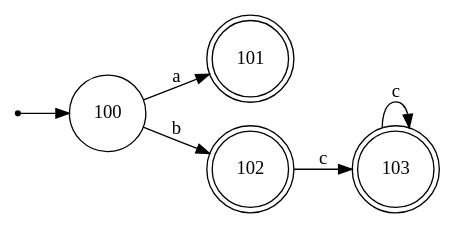
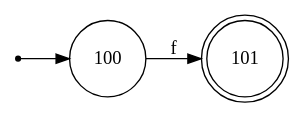
One commit to zyucccc/DAAR_Petit_Projet changed the diagram in automate_out/automateDFA.dot. Above: the diagram before and after it, drawn with Graphviz. The commit also changed 13 other files, not shown here.

Commit message:
final avec graphes version1

```diff
--- a/automate_out/automateDFA.dot
+++ b/automate_out/automateDFA.dot
@@ -1,13 +1,8 @@
 digraph Automate {
   rankdir=LR;
   node [shape=circle];
   start [shape=point];
   start -> 100;
   101 [shape=doublecircle];
-  102 [shape=doublecircle];
-  103 [shape=doublecircle];
-  100 -> 101 [label="a"];
-  100 -> 102 [label="b"];
-  102 -> 103 [label="c"];
-  103 -> 103 [label="c"];
+  100 -> 101 [label="f"];
 }
```
